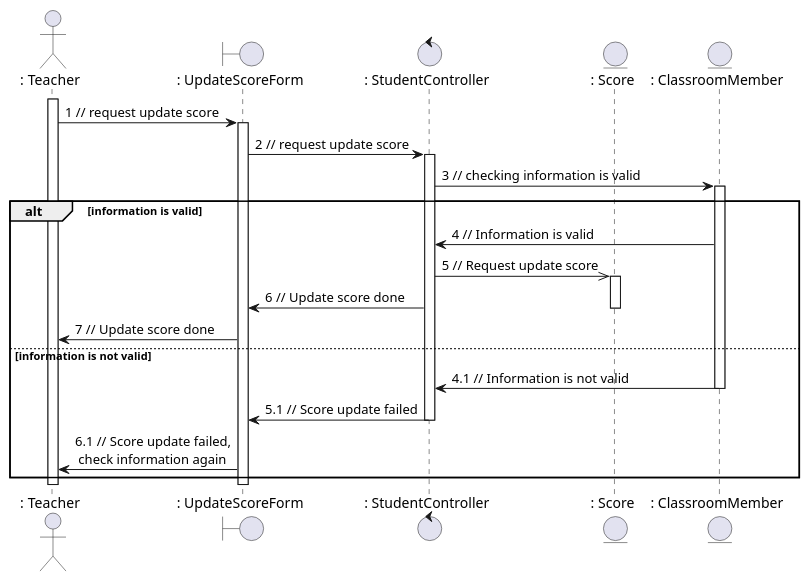
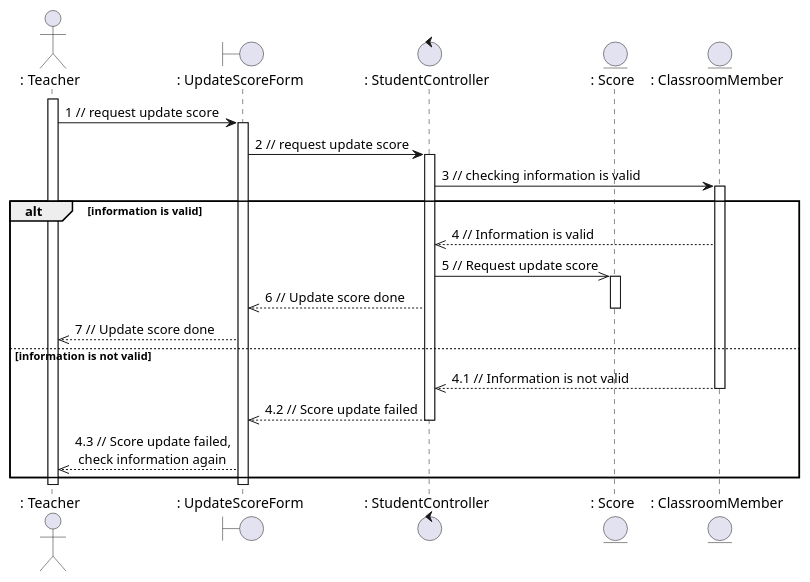
Before and after one commit to anonyhostvn/OOAD-Diagram: the diagram in sequence - analysis/rollcall/updateScore.plantuml, drawn with PlantUML. The commit also changed 20 other files, not shown here.

Commit message:
fix sequence analaysis numbering

```diff
--- a/sequence - analysis/rollcall/updateScore.plantuml
+++ b/sequence - analysis/rollcall/updateScore.plantuml
@@ -1,36 +1,36 @@
 @startuml updateScore
 
 actor ": Teacher"
 boundary ": UpdateScoreForm"
 control ": StudentController"
 entity ": Score"
 entity ": ClassroomMember"
 
 activate ": Teacher"
 
 ": Teacher" -> ": UpdateScoreForm": 1 // request update score
 activate ": UpdateScoreForm"
 ": UpdateScoreForm" -> ": StudentController": 2 // request update score
 activate ": StudentController"
 ": StudentController" -> ": ClassroomMember": 3 // checking information is valid
 activate ": ClassroomMember"
 alt information is valid
-    ": ClassroomMember" -> ": StudentController": 4 // Information is valid
+    ": ClassroomMember" -->> ": StudentController": 4 // Information is valid
     ": StudentController" ->> ": Score": 5 // Request update score
     activate ": Score"
-    ": StudentController" -> ": UpdateScoreForm": 6 // Update score done
+    ": StudentController" -->> ": UpdateScoreForm": 6 // Update score done
     deactivate ": Score"
-    ": UpdateScoreForm" -> ": Teacher": 7 // Update score done
+    ": UpdateScoreForm" -->> ": Teacher": 7 // Update score done
 else information is not valid
-    ": ClassroomMember" -> ": StudentController": 4.1 // Information is not valid
+    ": ClassroomMember" -->> ": StudentController": 4.1 // Information is not valid
     deactivate ": ClassroomMember"
-    ": StudentController" -> ": UpdateScoreForm": 5.1 // Score update failed
+    ": StudentController" -->> ": UpdateScoreForm": 4.2 // Score update failed
     deactivate ": StudentController"
-    ": UpdateScoreForm" -> ": Teacher": 6.1 // Score update failed,\n check information again
+    ": UpdateScoreForm" -->> ": Teacher": 4.3 // Score update failed,\n check information again
 end
 
 deactivate ": Teacher"
 deactivate ": UpdateScoreForm"
 
 
 @enduml
```
